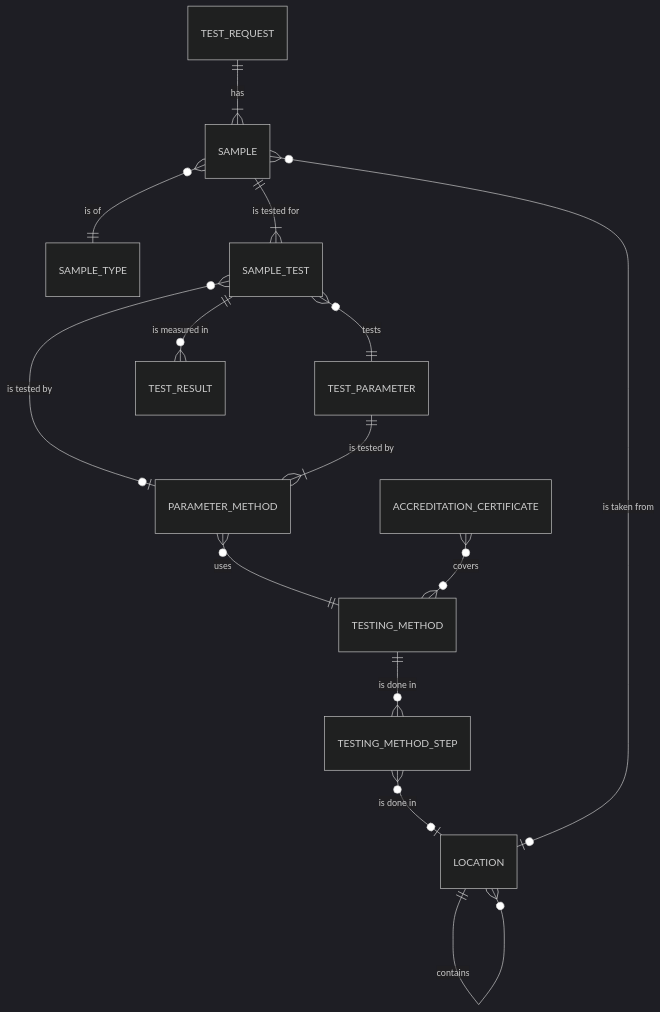
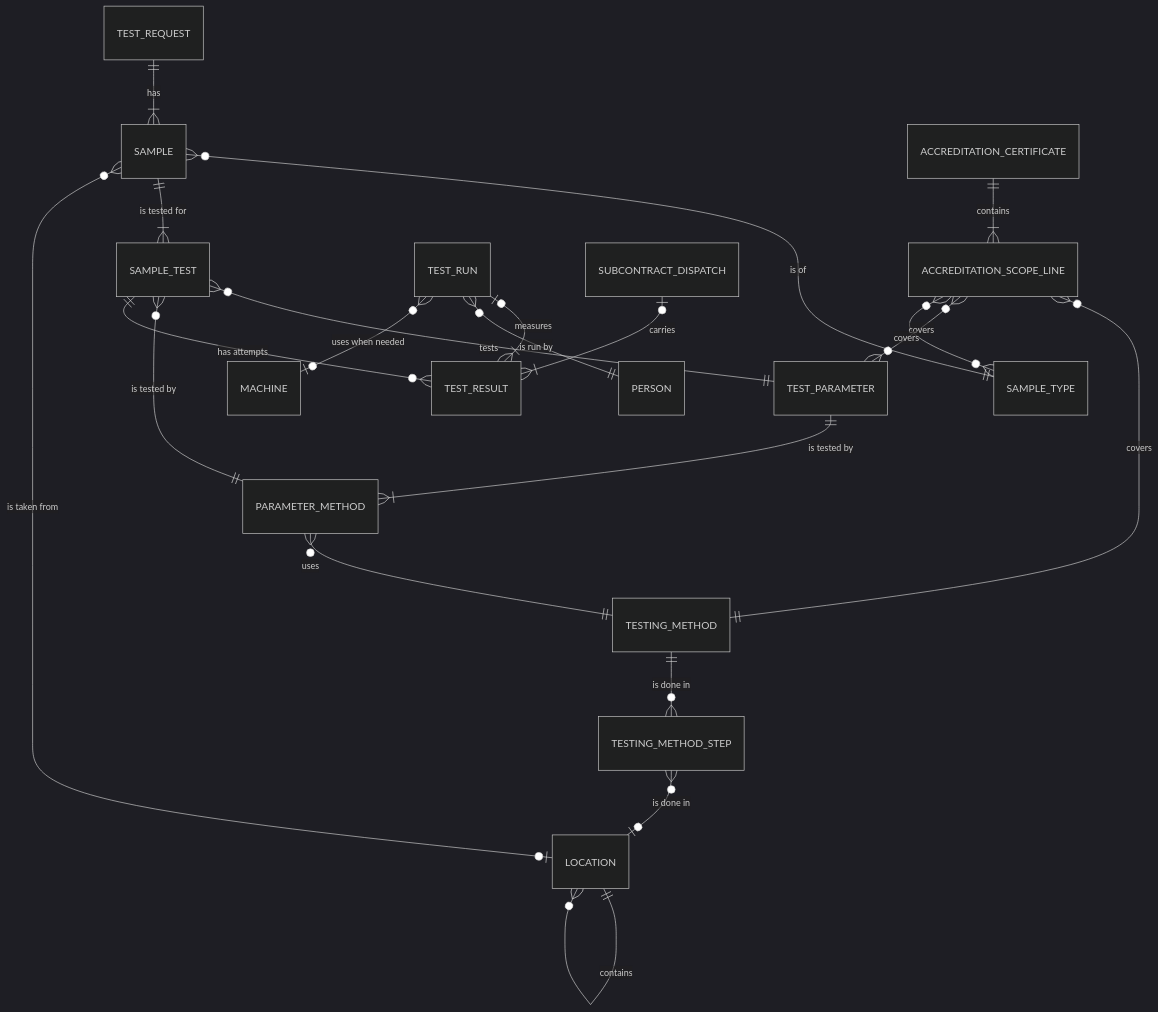
Before and after one commit to SoltuneMontepre/medilab: the first of 9 diagrams in docs/functional/laboratory_module/overview.md, drawn with Mermaid (dark theme). The commit also changed other lines of this file and 30 other files, not shown here.

````diff
--- a/docs/functional/laboratory_module/overview.md
+++ b/docs/functional/laboratory_module/overview.md
@@ -14,16 +14,23 @@
 ```mermaid
 erDiagram
     TEST_REQUEST ||--|{ SAMPLE : has
     SAMPLE }o--|| SAMPLE_TYPE : "is of"
     SAMPLE ||--|{ SAMPLE_TEST : "is tested for"
     SAMPLE_TEST }o--|| TEST_PARAMETER : tests
-    SAMPLE_TEST }o--o| PARAMETER_METHOD : "is tested by"
+    SAMPLE_TEST }o--|| PARAMETER_METHOD : "is tested by"
     TEST_PARAMETER ||--|{ PARAMETER_METHOD : "is tested by"
     PARAMETER_METHOD }o--|| TESTING_METHOD : uses
     TESTING_METHOD ||--o{ TESTING_METHOD_STEP : "is done in"
     LOCATION ||--o{ LOCATION : contains
     TESTING_METHOD_STEP }o--o| LOCATION : "is done in"
     SAMPLE }o--o| LOCATION : "is taken from"
-    ACCREDITATION_CERTIFICATE }o--o{ TESTING_METHOD : covers
-    SAMPLE_TEST ||--o{ TEST_RESULT : "is measured in"
+    ACCREDITATION_CERTIFICATE ||--|{ ACCREDITATION_SCOPE_LINE : contains
+    ACCREDITATION_SCOPE_LINE }o--|| TESTING_METHOD : covers
+    ACCREDITATION_SCOPE_LINE }o--o{ TEST_PARAMETER : covers
+    ACCREDITATION_SCOPE_LINE }o--o{ SAMPLE_TYPE : covers
+    SAMPLE_TEST ||--o{ TEST_RESULT : "has attempts"
+    TEST_RUN o|--|{ TEST_RESULT : measures
+    SUBCONTRACT_DISPATCH o|--|{ TEST_RESULT : carries
+    TEST_RUN }o--|| PERSON : "is run by"
+    TEST_RUN }o--o| MACHINE : "uses when needed"
 ```
````
